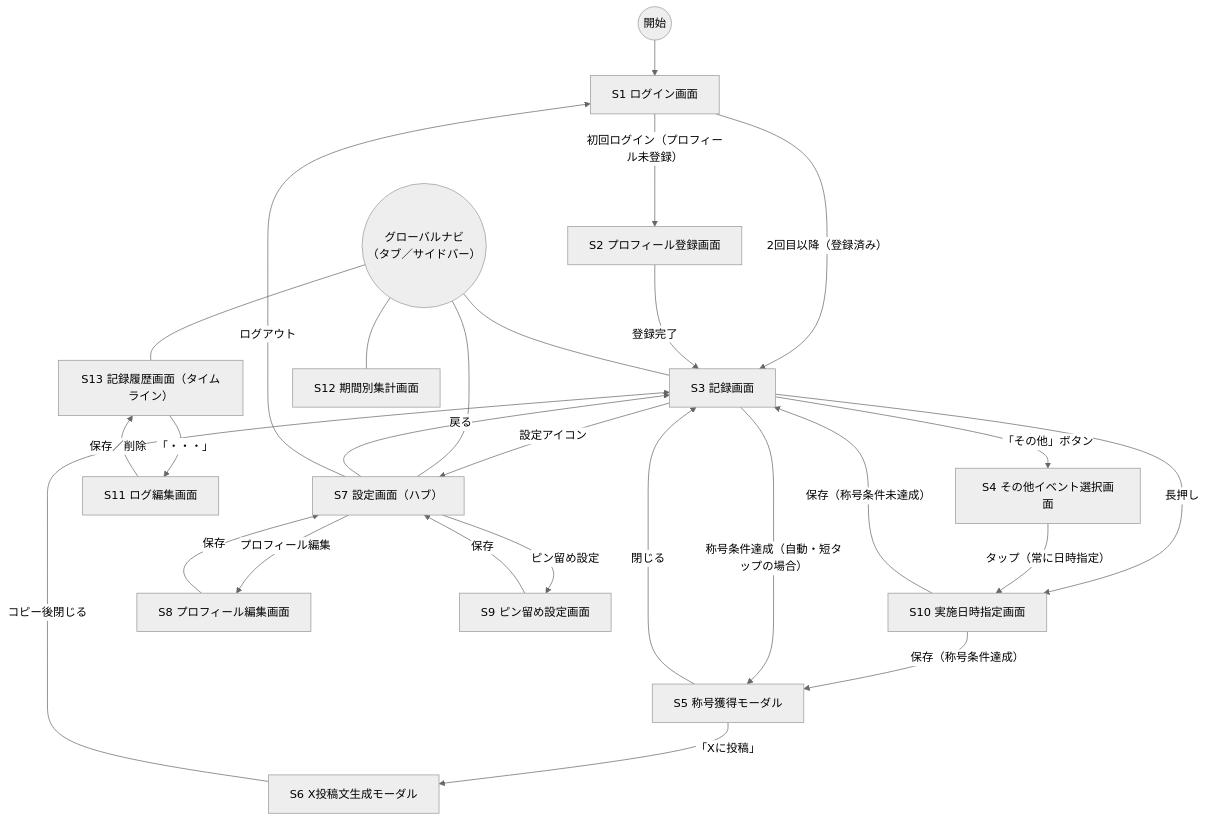
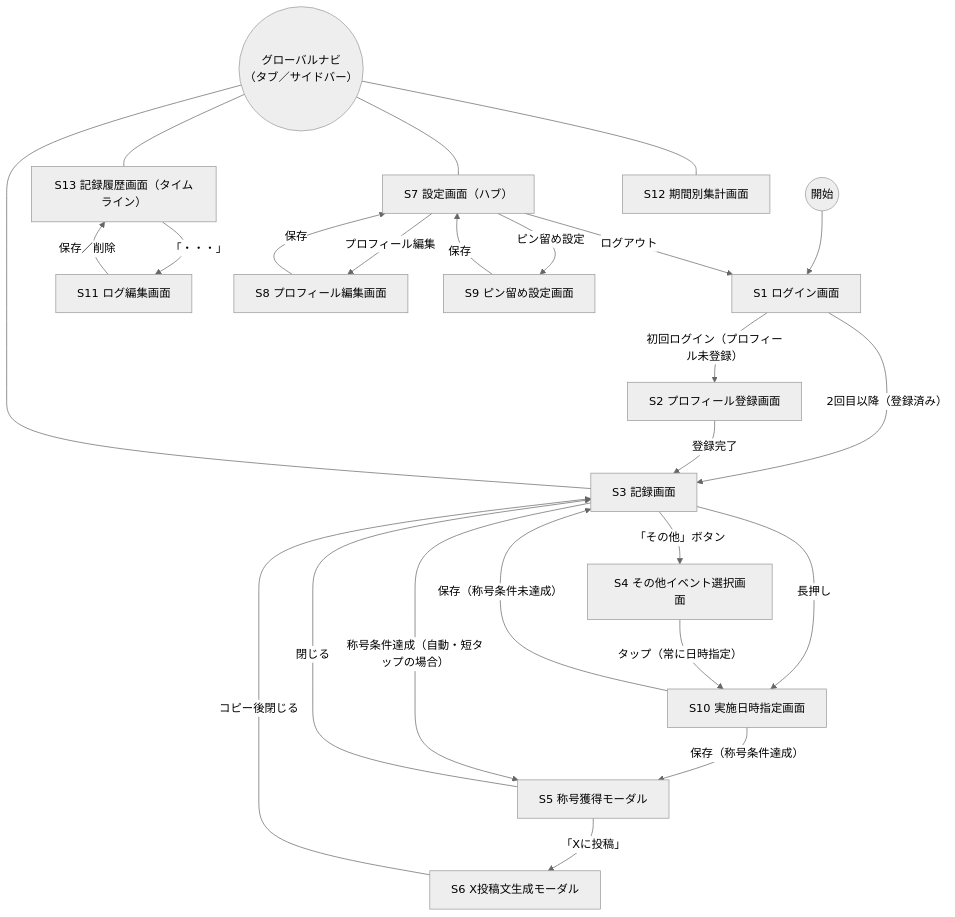
Before and after one commit to sawatch-fisherman/father-parenting-log: the diagram in docs/screens.md, drawn with Mermaid (neutral theme). The commit also changed other lines of this file and 3 other files, not shown here.

````diff
--- a/docs/screens.md
+++ b/docs/screens.md
@@ -47,39 +47,37 @@
 ```mermaid
 flowchart TD
     START(("開始")) --> S1
 
     S1["S1 ログイン画面"] -->|"初回ログイン（プロフィール未登録）"| S2
     S1 -->|"2回目以降（登録済み）"| S3
 
     S2["S2 プロフィール登録画面"] -->|"登録完了"| S3
 
     S3["S3 記録画面"] -->|"「その他」ボタン"| S4
     S4["S4 その他イベント選択画面"]
 
     S3 -->|"長押し"| S10
     S4 -->|"タップ（常に日時指定）"| S10
     S10["S10 実施日時指定画面"] -->|"保存（称号条件未達成）"| S3
     S10 -->|"保存（称号条件達成）"| S5
 
     S3 -->|"称号条件達成（自動・短タップの場合）"| S5
     S5["S5 称号獲得モーダル"] -->|"「Xに投稿」"| S6
     S5 -->|"閉じる"| S3
     S6["S6 X投稿文生成モーダル"] -->|"コピー後閉じる"| S3
 
     S13["S13 記録履歴画面（タイムライン）"] -->|"「・・・」"| S11
     S11["S11 ログ編集画面"] -->|"保存／削除"| S13
 
-    S3 -->|"設定アイコン"| S7
     S7["S7 設定画面（ハブ）"] -->|"プロフィール編集"| S8
     S7 -->|"ピン留め設定"| S9
     S8["S8 プロフィール編集画面"] -->|"保存"| S7
     S9["S9 ピン留め設定画面"] -->|"保存"| S7
-    S7 -->|"戻る"| S3
     S7 -->|"ログアウト"| S1
 
     GNAV(("グローバルナビ<br>（タブ／サイドバー）"))
     GNAV --- S3
     GNAV --- S12["S12 期間別集計画面"]
     GNAV --- S13
     GNAV --- S7
 ```
````
